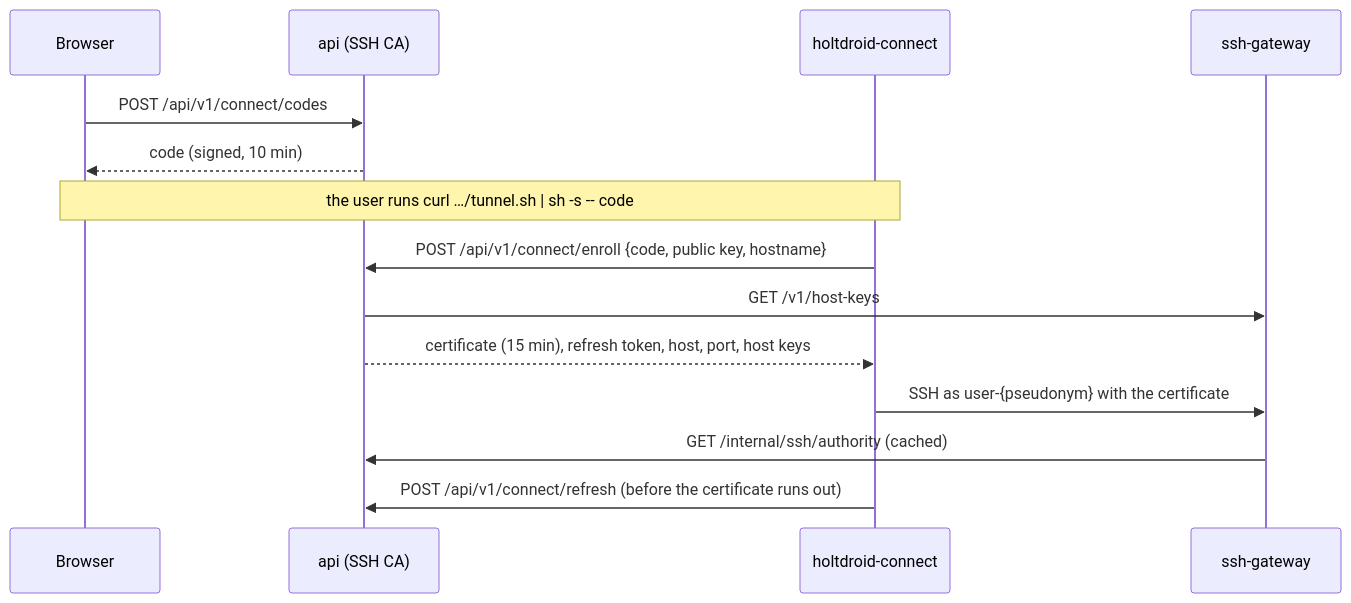
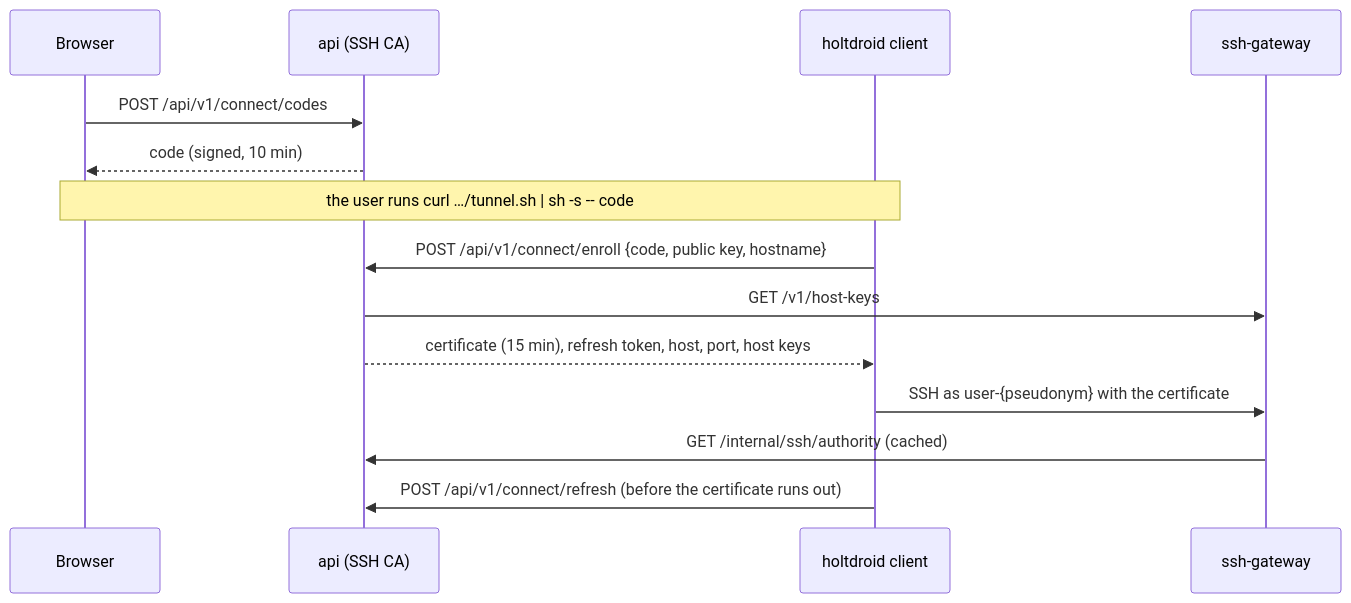
Before and after one commit to holtdroid/holtdroid: the fourth of 4 diagrams in design/architecture.md, drawn with Mermaid. The commit also changed other lines of this file and 20 other files, not shown here.

Commit message:
feat(connect): name the client holtdroid and show it in an animated terminal in the docs

````diff
--- a/design/architecture.md
+++ b/design/architecture.md
@@ -435,16 +435,16 @@
 ```mermaid
 sequenceDiagram
   participant U as Browser
   participant A as api (SSH CA)
-  participant C as holtdroid-connect
+  participant C as holtdroid client
   participant G as ssh-gateway
   U->>A: POST /api/v1/connect/codes
   A-->>U: code (signed, 10 min)
   Note over U,C: the user runs curl …/tunnel.sh | sh -s -- code
   C->>A: POST /api/v1/connect/enroll {code, public key, hostname}
   A->>G: GET /v1/host-keys
   A-->>C: certificate (15 min), refresh token, host, port, host keys
   C->>G: SSH as user-{pseudonym} with the certificate
   G->>A: GET /internal/ssh/authority (cached)
   C->>A: POST /api/v1/connect/refresh (before the certificate runs out)
 ```
````
